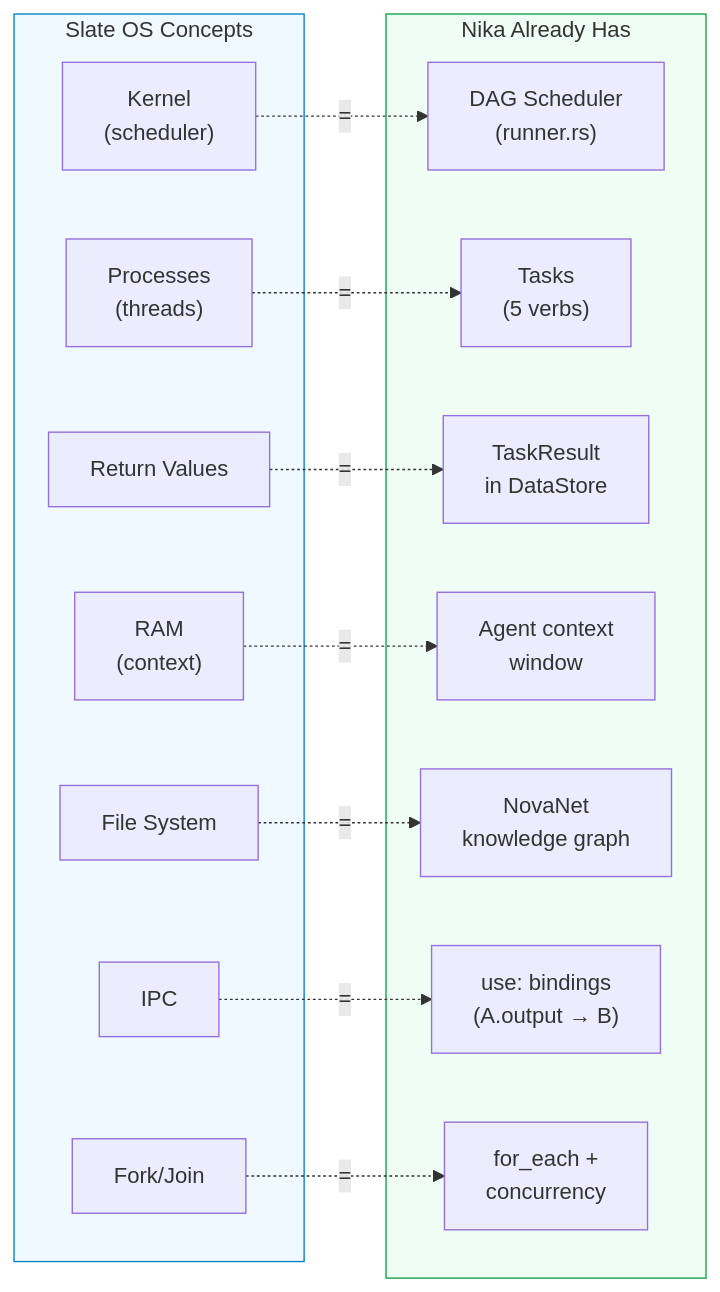
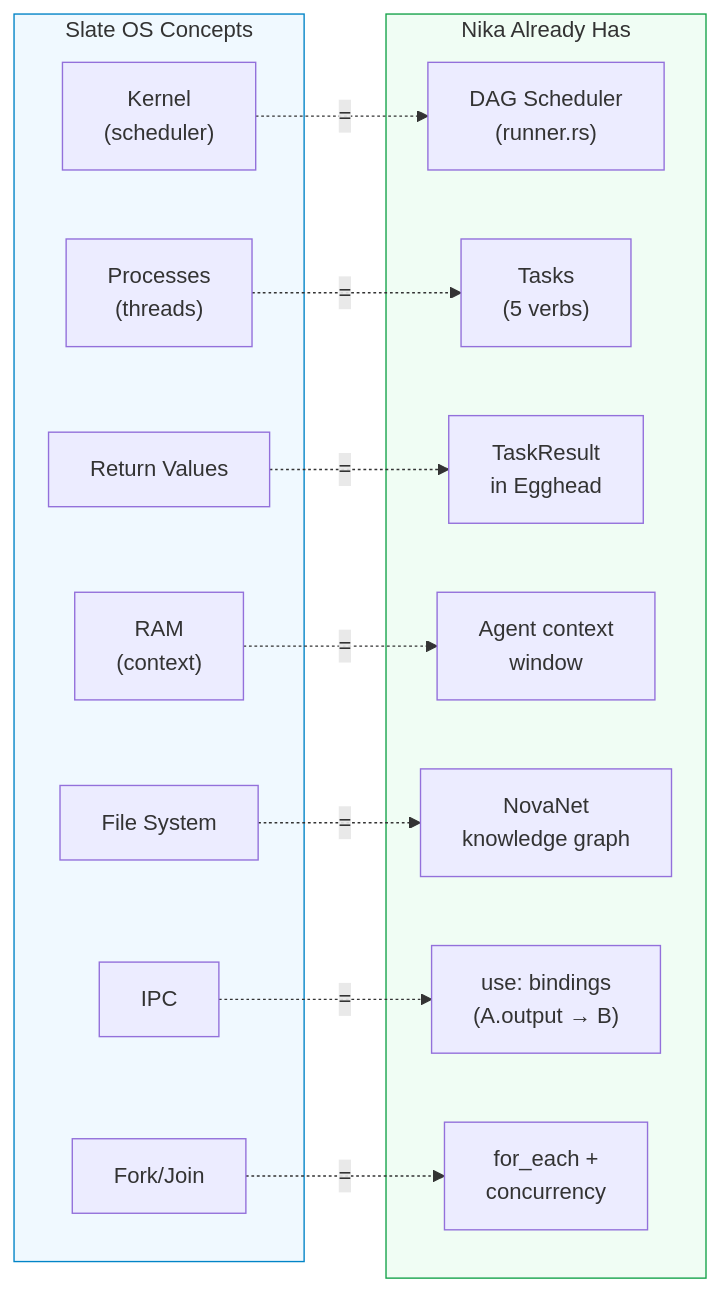
The third of 8 diagrams in docs/brainstorm/nika-evolution/07-slate-deep-integration.md (supernovae-st/nika), drawn with Mermaid before and after one commit. The commit also changed other lines of this file and 12 other files, not shown here.

````diff
--- a/docs/brainstorm/nika-evolution/07-slate-deep-integration.md
+++ b/docs/brainstorm/nika-evolution/07-slate-deep-integration.md
@@ -98,33 +98,33 @@
 ```mermaid
 flowchart LR
     subgraph SLATE["Slate OS Concepts"]
         SK["Kernel\n(scheduler)"]
         SP["Processes\n(threads)"]
         SRV["Return Values"]
         SRAM["RAM\n(context)"]
         SFS["File System"]
         SIPC["IPC"]
         SFJ["Fork/Join"]
     end
 
     subgraph NIKA["Nika Already Has"]
         NK["DAG Scheduler\n(runner.rs)"]
         NP["Tasks\n(5 verbs)"]
-        NRV["TaskResult\nin DataStore"]
+        NRV["TaskResult\nin Egghead"]
         NRAM["Agent context\nwindow"]
         NFS["NovaNet\nknowledge graph"]
         NIPC["use: bindings\n(A.output → B)"]
         NFJ["for_each +\nconcurrency"]
     end
 
     SK -.->|"="| NK
     SP -.->|"="| NP
     SRV -.->|"="| NRV
     SRAM -.->|"="| NRAM
     SFS -.->|"="| NFS
     SIPC -.->|"="| NIPC
     SFJ -.->|"="| NFJ
 
     style SLATE fill:#f0f9ff,stroke:#0284c7
     style NIKA fill:#f0fdf4,stroke:#16a34a
 ```
````
